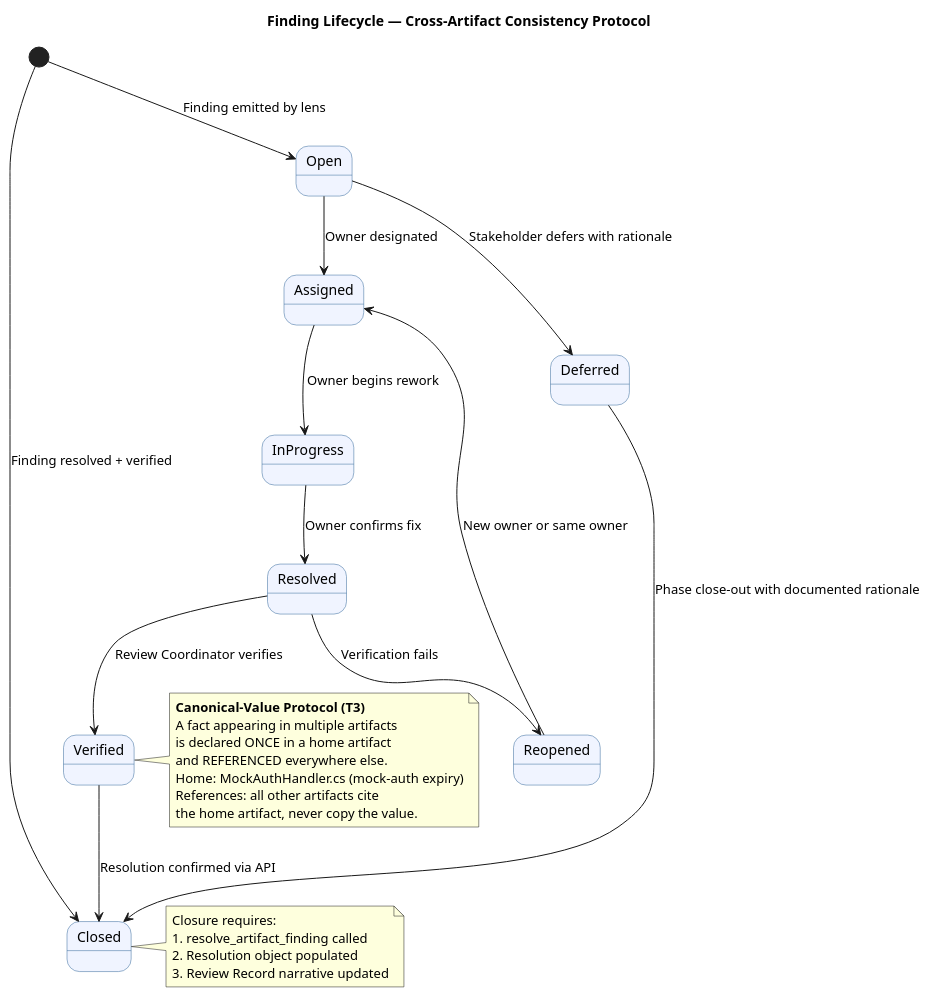
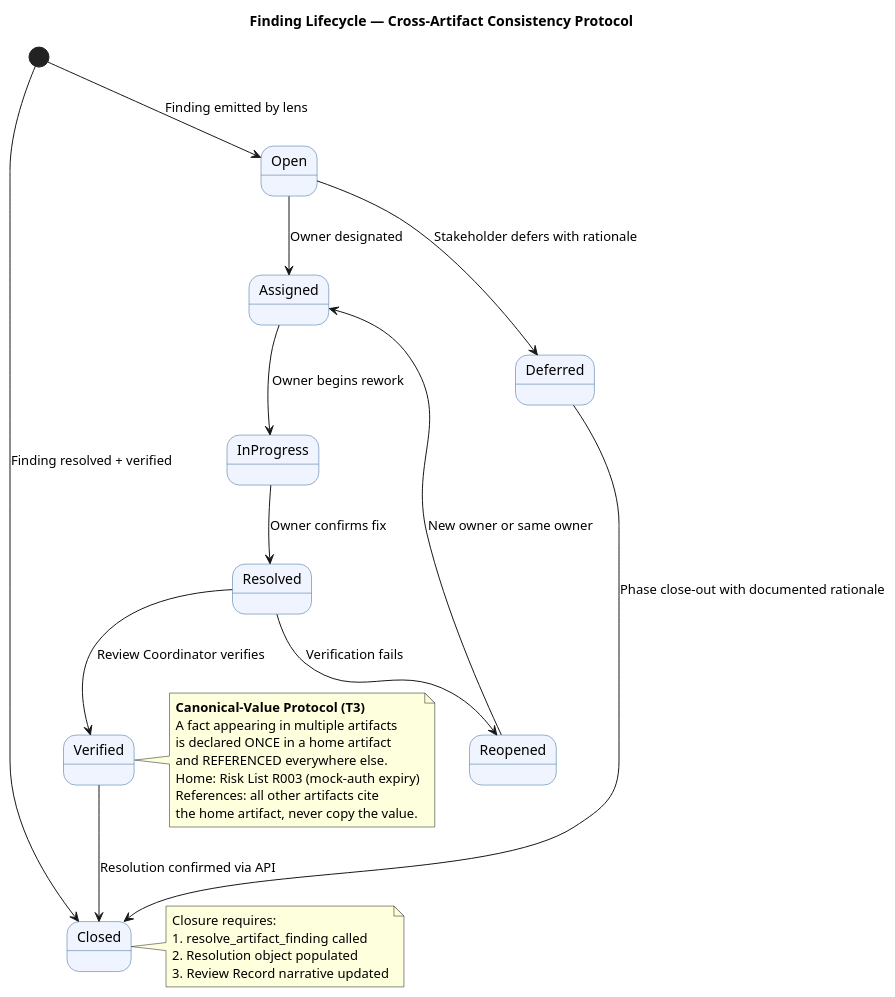
The sixth of 6 diagrams in docs/artifacts/project-management/review-record.md (banense-test/portal-cuba-corp), drawn with PlantUML before and after one commit. The commit also changed other lines of this file, not shown here.

````diff
--- a/docs/artifacts/project-management/review-record.md
+++ b/docs/artifacts/project-management/review-record.md
@@ -488,44 +660,44 @@
 ```plantuml
 @startuml
 title Finding Lifecycle — Cross-Artifact Consistency Protocol
 
 skinparam stateBackgroundColor #F0F4FF
 skinparam stateBorderColor #336699
 skinparam shadowing false
 
 [*] --> Open : Finding emitted by lens
 
 Open --> Assigned : Owner designated
 Assigned --> InProgress : Owner begins rework
 
 InProgress --> Resolved : Owner confirms fix
 Resolved --> Verified : Review Coordinator verifies
 Verified --> Closed : Resolution confirmed via API
 
 Resolved --> Reopened : Verification fails
 Reopened --> Assigned : New owner or same owner
 
 Open --> Deferred : Stakeholder defers with rationale
 Deferred --> Closed : Phase close-out with documented rationale
 
 note right of Verified
   **Canonical-Value Protocol (T3)**
   A fact appearing in multiple artifacts
   is declared ONCE in a home artifact
   and REFERENCED everywhere else.
-  Home: MockAuthHandler.cs (mock-auth expiry)
+  Home: Risk List R003 (mock-auth expiry)
   References: all other artifacts cite
   the home artifact, never copy the value.
 end note
 
 note right of Closed
   Closure requires:
   1. resolve_artifact_finding called
   2. Resolution object populated
   3. Review Record narrative updated
 end note
 
 [*] --> Closed : Finding resolved + verified
 
 @enduml
 ```
````
